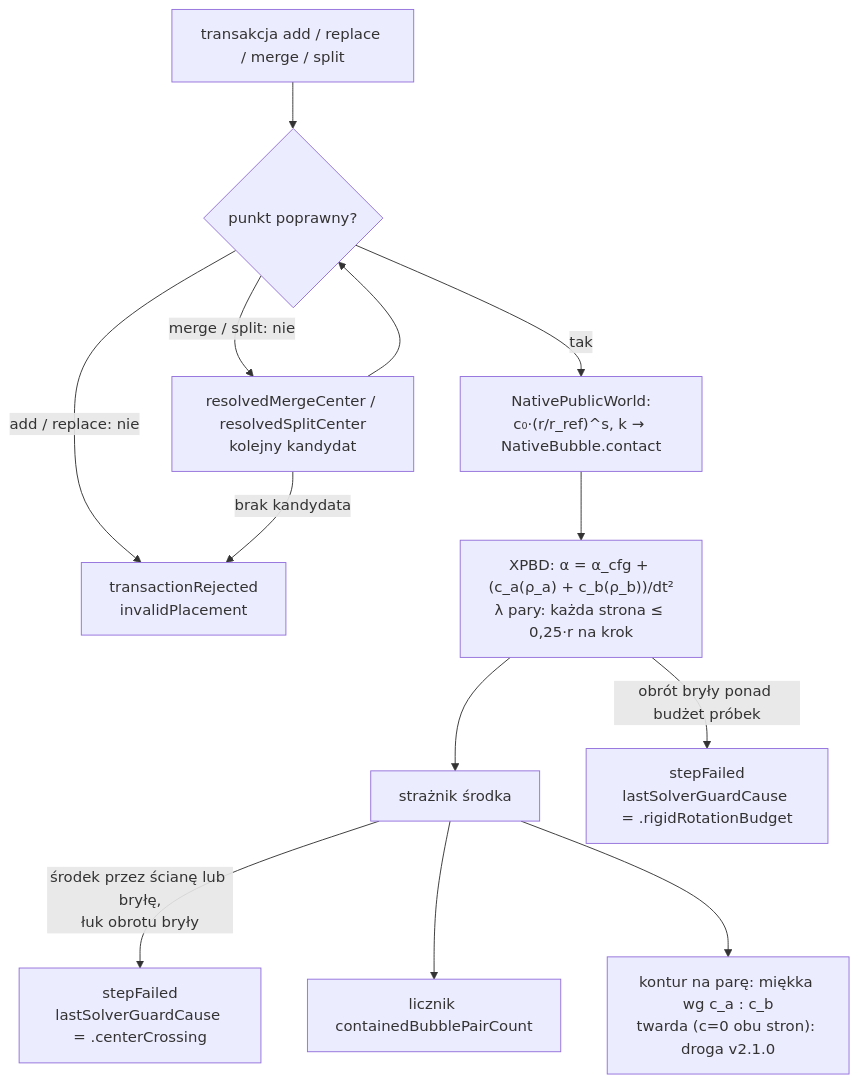
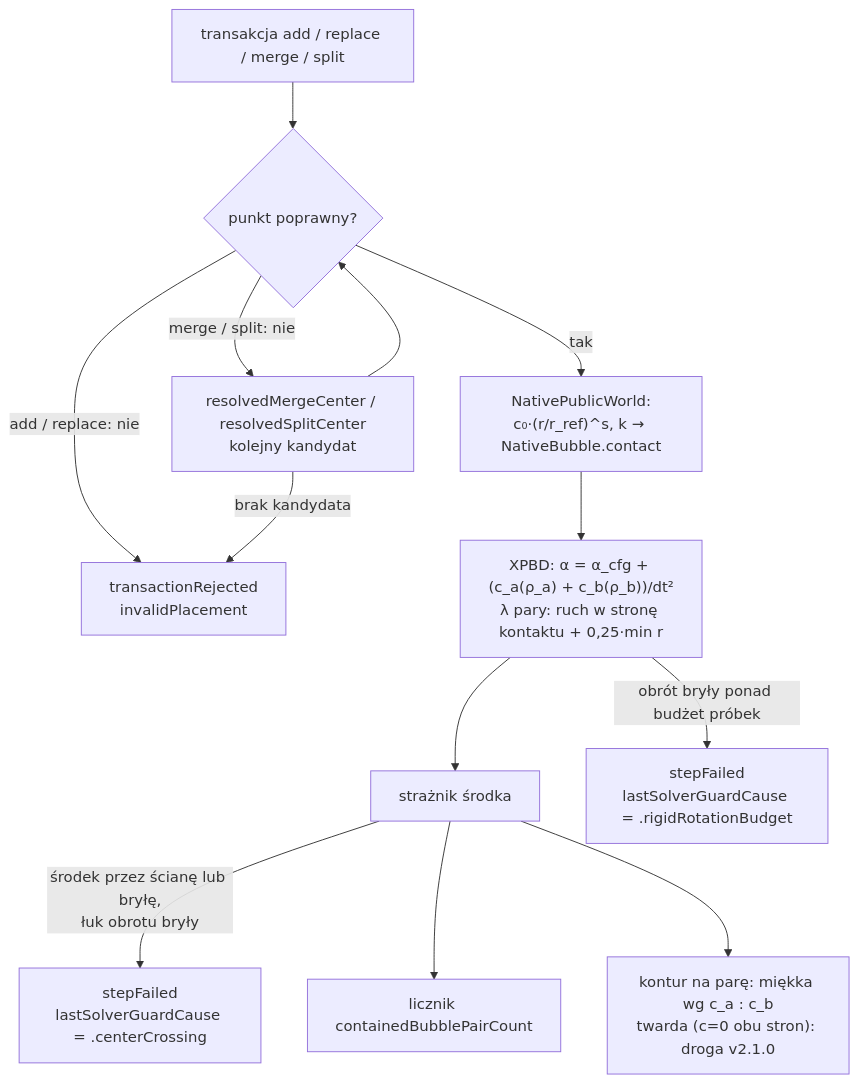
The third of 3 diagrams in docs/sdlc/changes/2026-11-14-crowd-solver-compression/change-design.md (MariuszAdamowicz/BubblePhysics), drawn with Mermaid before and after one commit. The commit also changed other lines of this file and 1 other file, not shown here.

First line of the commit message:
docs(design): limit pary po prototypie, dowód wyjątku przełącznikiem

````diff
--- a/docs/sdlc/changes/2026-11-14-crowd-solver-compression/change-design.md
+++ b/docs/sdlc/changes/2026-11-14-crowd-solver-compression/change-design.md
@@ -194,14 +199,14 @@
 ```mermaid
 flowchart TD
   tx["transakcja add / replace / merge / split"] --> val{"punkt poprawny?"}
   val -->|"add / replace: nie"| rej["transactionRejected<br/>invalidPlacement"]
   val -->|"merge / split: nie"| alt["resolvedMergeCenter / resolvedSplitCenter<br/>kolejny kandydat"] --> val
   alt -->|"brak kandydata"| rej
   val -->|tak| host["NativePublicWorld:<br/>c₀·(r/r_ref)^s, k → NativeBubble.contact"]
-  host --> xpbd["XPBD: α = α_cfg + (c_a(ρ_a) + c_b(ρ_b))/dt²<br/>λ pary: każda strona ≤ 0,25·r na krok"]
+  host --> xpbd["XPBD: α = α_cfg + (c_a(ρ_a) + c_b(ρ_b))/dt²<br/>λ pary: ruch w stronę kontaktu + 0,25·min r"]
   xpbd --> guard["strażnik środka"]
   guard -->|"środek przez ścianę lub bryłę,<br/>łuk obrotu bryły"| step["stepFailed<br/>lastSolverGuardCause = .centerCrossing"]
   xpbd -->|"obrót bryły ponad budżet próbek"| rot["stepFailed<br/>lastSolverGuardCause = .rigidRotationBudget"]
   guard --> count["licznik containedBubblePairCount"]
   guard --> contour["kontur na parę: miękka wg c_a : c_b<br/>twarda (c=0 obu stron): droga v2.1.0"]
 ```
````
